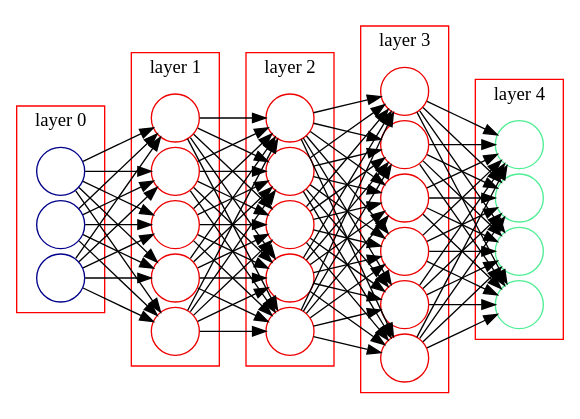
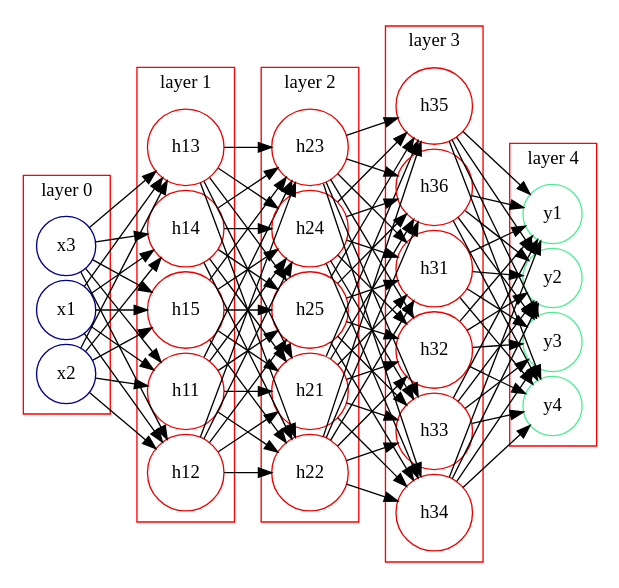
Before and after one commit to knudvaneeden/graphviz: the diagram in ddd.dot, drawn with Graphviz.

Commit message:
Last commit: 19/02/2018 19:36:23

```diff
--- a/ddd.dot
+++ b/ddd.dot
@@ -1,156 +1,156 @@
 digraph G {
  size = "7,7";
  rankdir=LR
  splines=line
  nodesep=.05;
 
- node [label=""];
+ // node [label=""];
 
  subgraph cluster_0 {
  	color=red;
          node [color=blue4, shape=circle];
  	x1 x2 x3;
  	label = "layer 0";
  }
 
  subgraph cluster_1 {
  	color=red;
  	node [color=red2, shape=circle];
  	h11 h12 h13 h14 h15;
  	label = "layer 1";
  }
 
  subgraph cluster_2 {
  	color=red;
  	node [color=red2, shape=circle];
  	h21 h22 h23 h24 h25;
  	label = "layer 2";
  }
 
  subgraph cluster_3 {
  	color=red;
  	node [color=red2, shape=circle];
  	h31 h32 h33 h34 h35 h36;
  	label = "layer 3";
  }
 
  subgraph cluster_4 {
  	color=red;
  	node [color=seagreen2, shape=circle];
  	y1 y2 y3 y4;
  	label="layer 4";
  }
  //
 x1 -> h11;
 x1 -> h12;
 x1 -> h13;
 x1 -> h14;
 x1 -> h15;
 //
 x2 -> h11;
 x2 -> h12;
 x2 -> h13;
 x2 -> h14;
 x2 -> h15;
 //
 x3 -> h11;
 x3 -> h12;
 x3 -> h13;
 x3 -> h14;
 x3 -> h15;
 //
 h11 -> h21;
 h11 -> h22;
 h11 -> h23;
 h11 -> h24;
 h11 -> h25;
 //
 h12 -> h21;
 h12 -> h22;
 h12 -> h23;
 h12 -> h24;
 h12 -> h25;
 //
 h13 -> h21;
 h13 -> h22;
 h13 -> h23;
 h13 -> h24;
 h13 -> h25;
 //
 h14 -> h21;
 h14 -> h22;
 h14 -> h23;
 h14 -> h24;
 h14 -> h25;
 //
 h15 -> h21;
 h15 -> h22;
 h15 -> h23;
 h15 -> h24;
 h15 -> h25;
 //
 h21 -> h31;
 h21 -> h32;
 h21 -> h33;
 h21 -> h34;
 h21 -> h35;
 h21 -> h36;
 //
 h22 -> h31;
 h22 -> h32;
 h22 -> h33;
 h22 -> h34;
 h22 -> h35;
 h22 -> h36;
 //
 h23 -> h31;
 h23 -> h32;
 h23 -> h33;
 h23 -> h34;
 h23 -> h35;
 h23 -> h36;
 //
 h24 -> h31;
 h24 -> h32;
 h24 -> h33;
 h24 -> h34;
 h24 -> h35;
 h24 -> h36;
 //
 h25 -> h31;
 h25 -> h32;
 h25 -> h33;
 h25 -> h34;
 h25 -> h35;
 h25 -> h36;
 //
 h31 -> y1;
 h31 -> y2;
 h31 -> y3;
 h31 -> y4;
 //
 h32 -> y1;
 h32 -> y2;
 h32 -> y3;
 h32 -> y4;
 //
 h33 -> y1;
 h33 -> y2;
 h33 -> y3;
 h33 -> y4;
 //
 h34 -> y1;
 h34 -> y2;
 h34 -> y3;
 h34 -> y4;
 //
 h35 -> y1;
 h35 -> y2;
 h35 -> y3;
 h35 -> y4;
 //
 h36 -> y1;
 h36 -> y2;
 h36 -> y3;
 h36 -> y4;
 }
```
